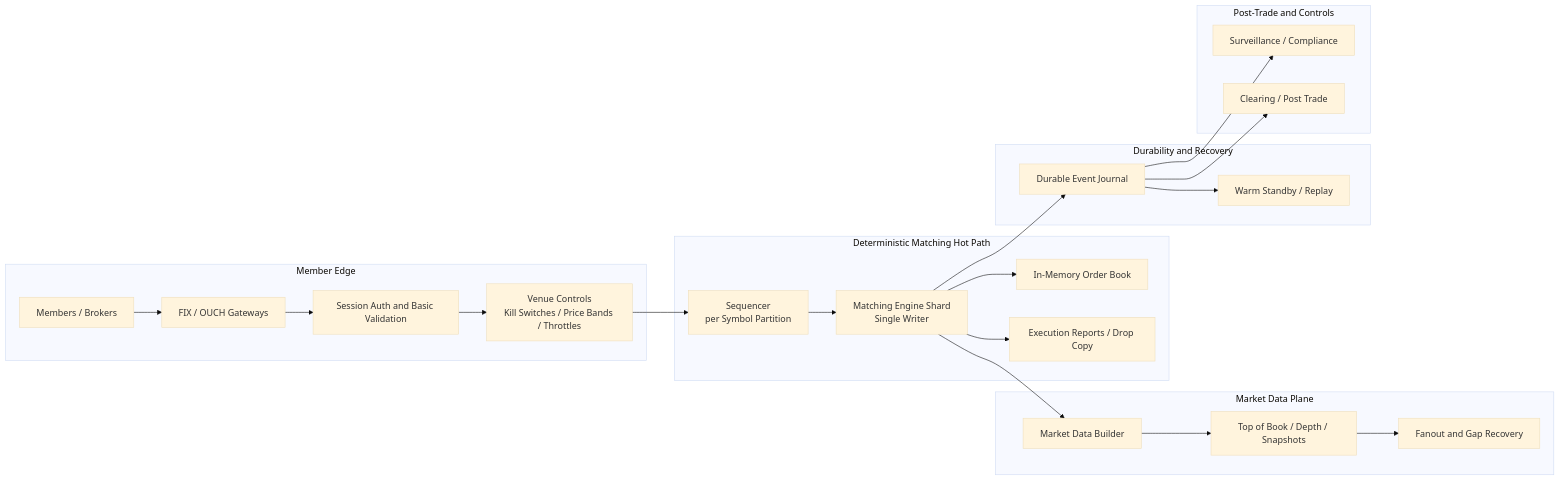
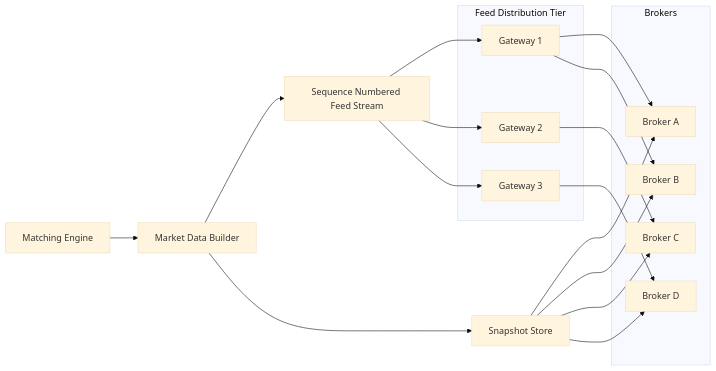
The fourth of 4 diagrams in _posts/2026-03-21-designing-stock-exchange-system.md (sandeepbhardwaj/sandeepbhardwaj.github.io), drawn with Mermaid (base theme) before and after one commit. The commit also changed other lines of this file and 6 other files, not shown here.

Commit message:
added mermaid theme fix

````diff
--- a/_posts/2026-03-21-designing-stock-exchange-system.md
+++ b/_posts/2026-03-21-designing-stock-exchange-system.md
@@ -253,41 +573,34 @@
 ```mermaid
 flowchart LR
-    subgraph Edge["Member Edge"]
-        A[Members / Brokers]
-        B[FIX / OUCH Gateways]
-        C[Session Auth and Basic Validation]
-        D[Venue Controls<br/>Kill Switches / Price Bands / Throttles]
+    A[Matching Engine]
+    B[Market Data Builder]
+    C[Sequence Numbered Feed Stream]
+    D[Snapshot Store]
+
+    subgraph Fanout["Feed Distribution Tier"]
+        E[Gateway 1]
+        F[Gateway 2]
+        G[Gateway 3]
     end
 
-    subgraph HotPath["Deterministic Matching Hot Path"]
-        E[Sequencer<br/>per Symbol Partition]
-        F[Matching Engine Shard<br/>Single Writer]
-        G[In-Memory Order Book]
-        H[Execution Reports / Drop Copy]
+    subgraph Brokers["Brokers"]
+        H[Broker A]
+        I[Broker B]
+        J[Broker C]
+        K[Broker D]
     end
 
-    subgraph MarketData["Market Data Plane"]
-        I[Market Data Builder]
-        J[Top of Book / Depth / Snapshots]
-        K[Fanout and Gap Recovery]
-    end
-
-    subgraph Recovery["Durability and Recovery"]
-        L[Durable Event Journal]
-        M[Warm Standby / Replay]
-    end
-
-    subgraph Downstream["Post-Trade and Controls"]
-        N[Surveillance / Compliance]
-        O[Clearing / Post Trade]
-    end
-
-    A --> B --> C --> D --> E --> F --> G
-    F --> H
-    F --> I
-    F --> L
-    I --> J --> K
-    L --> M
-    L --> N
-    L --> O
+    A --> B --> C
+    B --> D
+    C --> E
+    C --> F
+    C --> G
+    E --> H
+    E --> I
+    F --> J
+    G --> K
+    D --> H
+    D --> I
+    D --> J
+    D --> K
 ```
````
